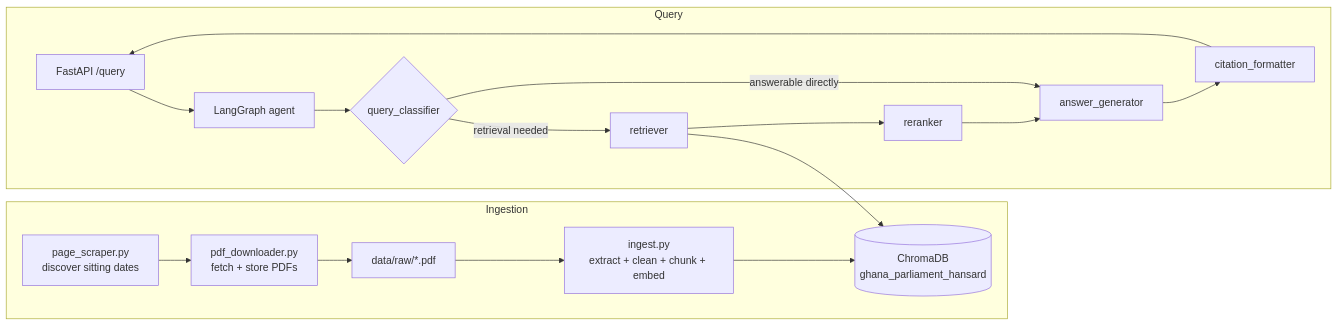
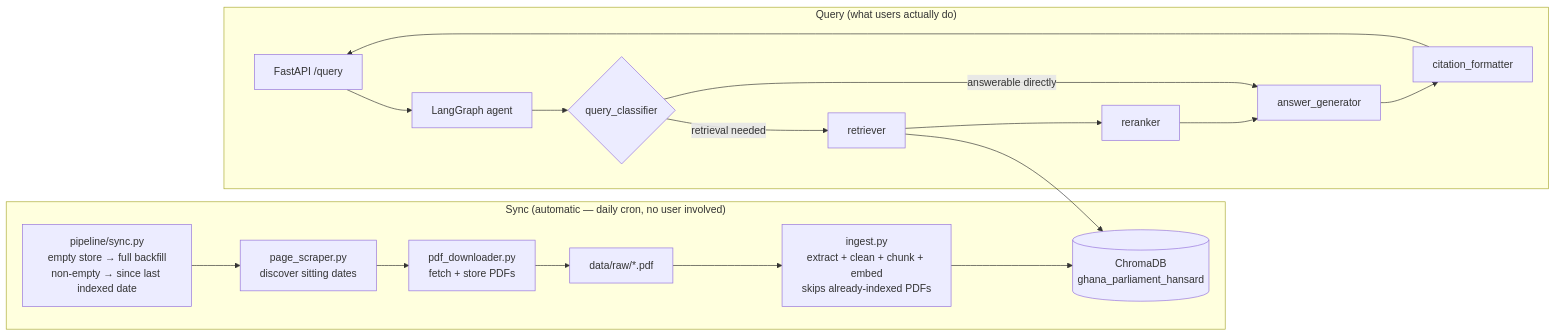
The diagram in readme.md (agbozo1/gh-parliament-ai), drawn with Mermaid before and after one commit. The commit also changed other lines of this file and 13 other files, not shown here.

First line of the commit message:
Make ingestion fully automatic; remove manual date-range selection

````diff
--- a/readme.md
+++ b/readme.md
@@ -13,21 +13,23 @@
 ```mermaid
 flowchart LR
-    subgraph Ingestion
+    subgraph "Sync (automatic — daily cron, no user involved)"
+        S0["pipeline/sync.py<br/>empty store → full backfill<br/>non-empty → since last indexed date"]
         A[page_scraper.py<br/>discover sitting dates] --> B[pdf_downloader.py<br/>fetch + store PDFs]
+        S0 --> A
         B --> C[data/raw/*.pdf]
-        C --> D[ingest.py<br/>extract + clean + chunk + embed]
+        C --> D[ingest.py<br/>extract + clean + chunk + embed<br/>skips already-indexed PDFs]
         D --> E[(ChromaDB<br/>ghana_parliament_hansard)]
     end
 
-    subgraph Query
+    subgraph "Query (what users actually do)"
         F[FastAPI /query] --> G[LangGraph agent]
         G --> H{query_classifier}
         H -- retrieval needed --> I[retriever]
         H -- answerable directly --> M[answer_generator]
         I --> E
         I --> J[reranker]
         J --> M
         M --> K[citation_formatter]
         K --> F
     end
 ```
````
